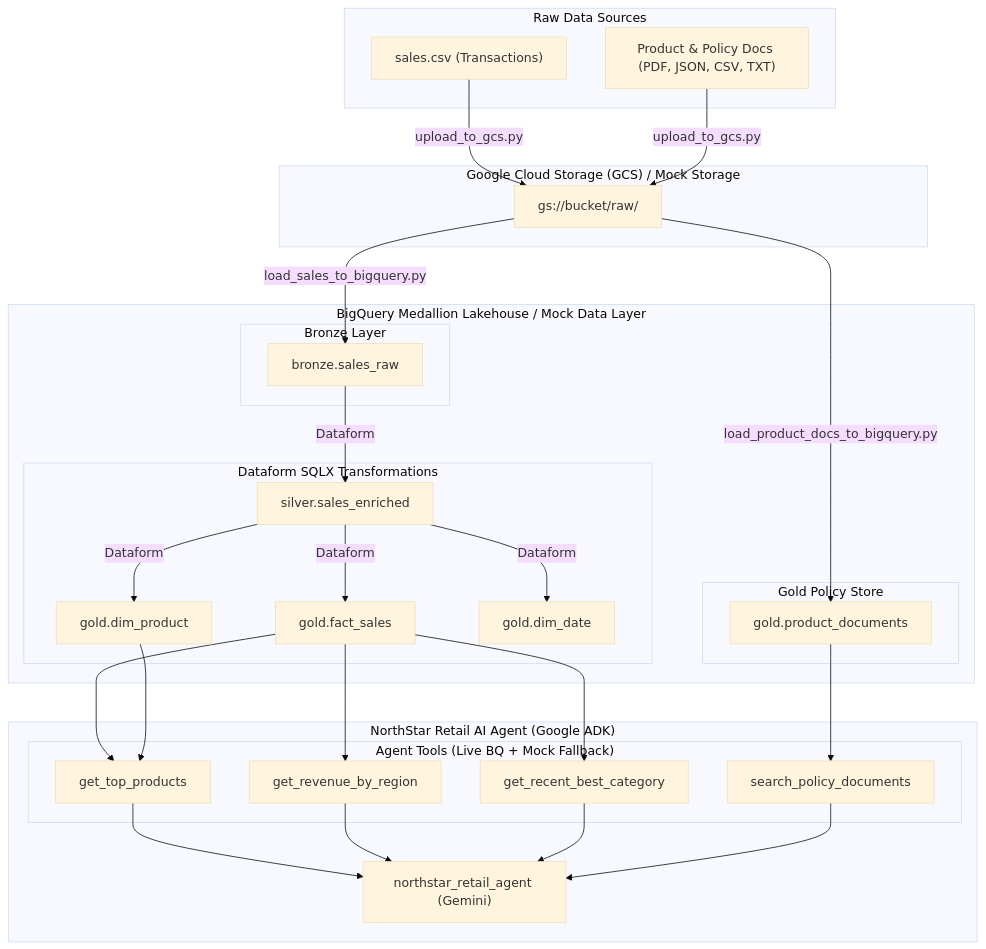
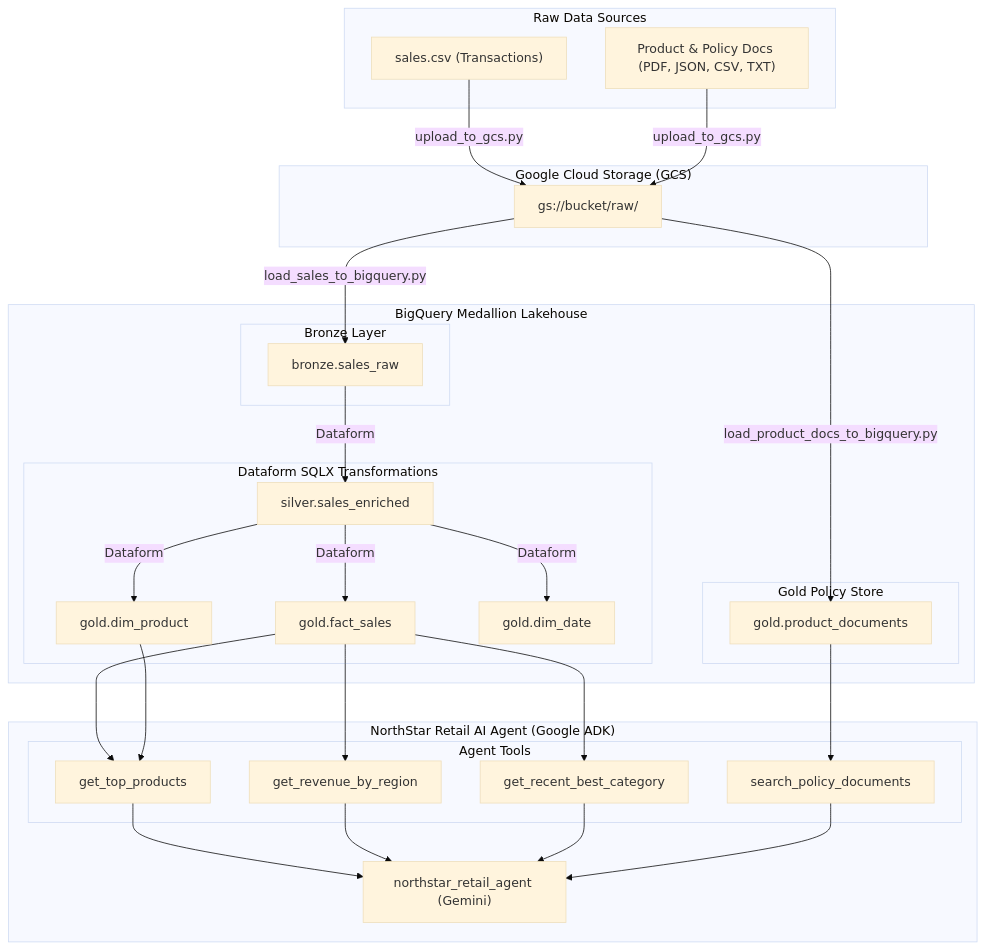
One commit to surya241022/gcp-assessment-v1--A-Surya-Teja-Reddy- changed the diagram in README.md. Above: the diagram before and after it, drawn with Mermaid (base theme). The commit also changed other lines of this file and 12 other files, not shown here.

Commit message:
feat(mock): isolate mock suite into separate mock package without altering live production code

````diff
--- a/README.md
+++ b/README.md
@@ -31,60 +29,60 @@
 ```mermaid
 flowchart TD
     subgraph RawSources["Raw Data Sources"]
         CSV["sales.csv (Transactions)"]
         DOCS["Product & Policy Docs (PDF, JSON, CSV, TXT)"]
     end
 
-    subgraph GCPStorage["Google Cloud Storage (GCS) / Mock Storage"]
+    subgraph GCPStorage["Google Cloud Storage (GCS)"]
         GCS_RAW["gs://bucket/raw/"]
     end
 
-    subgraph BigQueryWarehouse["BigQuery Medallion Lakehouse / Mock Data Layer"]
+    subgraph BigQueryWarehouse["BigQuery Medallion Lakehouse"]
         subgraph BronzeLayer["Bronze Layer"]
             BRONZE_SALES["bronze.sales_raw"]
         end
 
         subgraph DataformPipeline["Dataform SQLX Transformations"]
             SILVER_SALES["silver.sales_enriched"]
             GOLD_FACT["gold.fact_sales"]
             GOLD_PROD["gold.dim_product"]
             GOLD_DATE["gold.dim_date"]
         end
 
         subgraph GoldDocs["Gold Policy Store"]
             GOLD_DOCS["gold.product_documents"]
         end
     end
 
     subgraph ADKAgent["NorthStar Retail AI Agent (Google ADK)"]
         AGENT["northstar_retail_agent (Gemini)"]
         
-        subgraph Tools["Agent Tools (Live BQ + Mock Fallback)"]
+        subgraph Tools["Agent Tools"]
             TOOL_TOP["get_top_products"]
             TOOL_REG["get_revenue_by_region"]
             TOOL_CAT["get_recent_best_category"]
             TOOL_POL["search_policy_documents"]
         end
     end
 
     CSV -->|upload_to_gcs.py| GCS_RAW
     DOCS -->|upload_to_gcs.py| GCS_RAW
     GCS_RAW -->|load_sales_to_bigquery.py| BRONZE_SALES
     GCS_RAW -->|load_product_docs_to_bigquery.py| GOLD_DOCS
 
     BRONZE_SALES -->|Dataform| SILVER_SALES
     SILVER_SALES -->|Dataform| GOLD_FACT
     SILVER_SALES -->|Dataform| GOLD_PROD
     SILVER_SALES -->|Dataform| GOLD_DATE
 
     GOLD_FACT --> TOOL_TOP
     GOLD_PROD --> TOOL_TOP
     GOLD_FACT --> TOOL_REG
     GOLD_FACT --> TOOL_CAT
     GOLD_DOCS --> TOOL_POL
 
     TOOL_TOP --> AGENT
     TOOL_REG --> AGENT
     TOOL_CAT --> AGENT
     TOOL_POL --> AGENT
 ```
````
